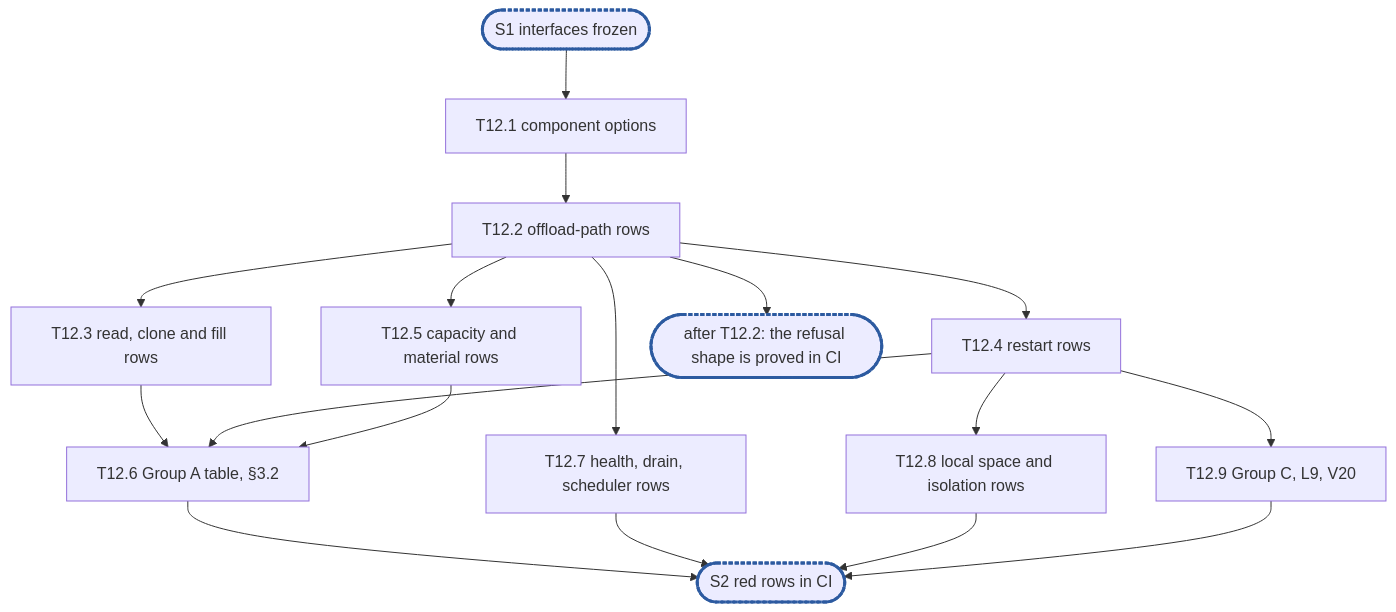
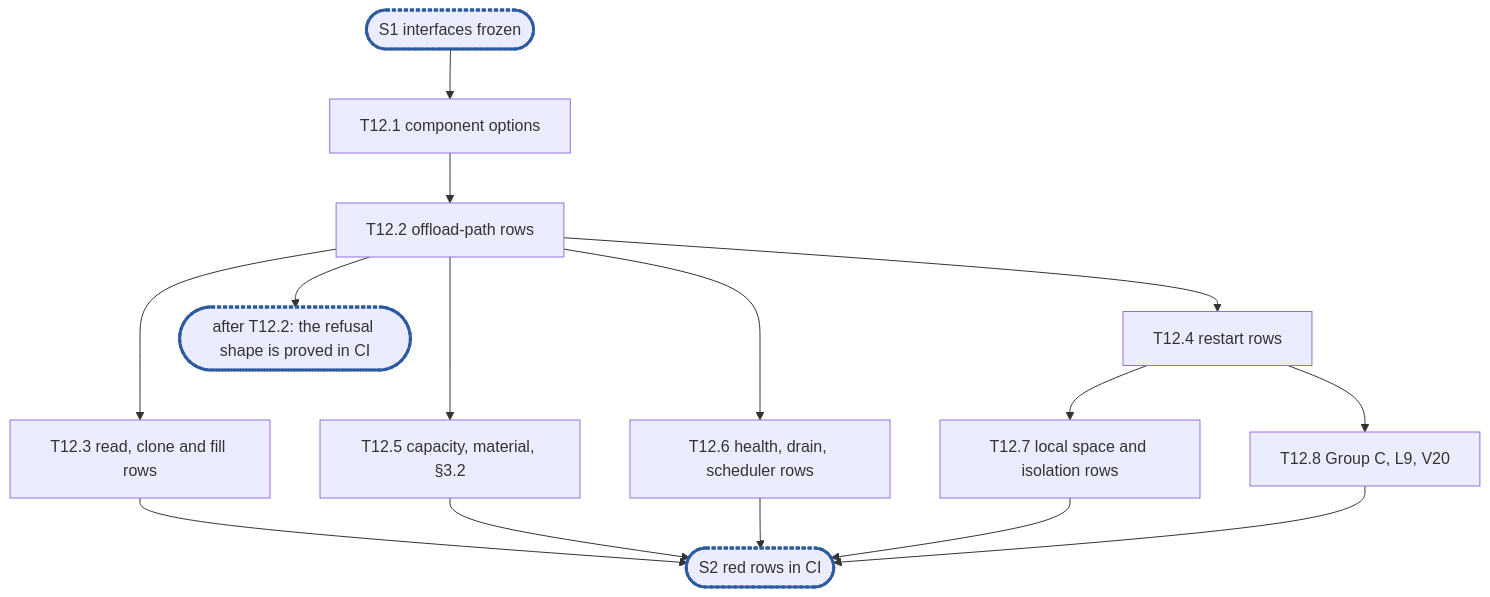
The diagram in .planning/rfc-8-offload-engine-epic12.md (cubbit/dittofs), drawn with Mermaid before and after one commit. The commit also changed other lines of this file, not shown here.

````diff
--- a/.planning/rfc-8-offload-engine-epic12.md
+++ b/.planning/rfc-8-offload-engine-epic12.md
@@ -610,15 +578,14 @@
 ```mermaid
 flowchart TD
   S1(["S1 interfaces frozen"]):::sync --> T12_1["T12.1 component options"]
   T12_1 --> T12_2["T12.2 offload-path rows"]
   T12_2 --> T12_3["T12.3 read, clone and fill rows"]
   T12_2 --> T12_4["T12.4 restart rows"]
-  T12_2 --> T12_5["T12.5 capacity and material rows"]
-  T12_3 & T12_4 & T12_5 --> T12_6["T12.6 Group A table, §3.2"]
-  T12_2 --> T12_7["T12.7 health, drain, scheduler rows"]
-  T12_4 --> T12_8["T12.8 local space and isolation rows"]
-  T12_4 --> T12_9["T12.9 Group C, L9, V20"]
+  T12_2 --> T12_5["T12.5 capacity, material, §3.2"]
+  T12_2 --> T12_6["T12.6 health, drain, scheduler rows"]
+  T12_4 --> T12_7["T12.7 local space and isolation rows"]
+  T12_4 --> T12_8["T12.8 Group C, L9, V20"]
   T12_2 --> C1(["after T12.2: the refusal shape is proved in CI"]):::sync
-  T12_6 & T12_7 & T12_8 & T12_9 --> S2(["S2 red rows in CI"]):::sync
+  T12_3 & T12_5 & T12_6 & T12_7 & T12_8 --> S2(["S2 red rows in CI"]):::sync
   classDef sync stroke:#2c5aa0,stroke-width:3px,stroke-dasharray:4 2
 ```
````
